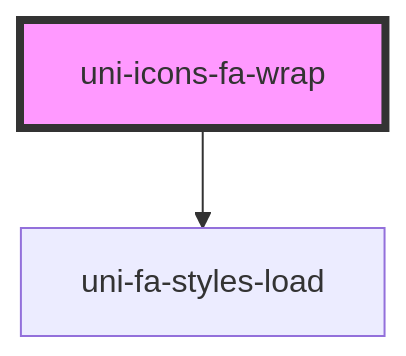
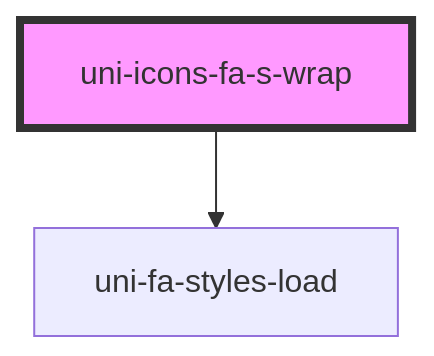
The diagram in src/components/icons-fa/solid/@wrap/readme.md (uiwebkit/icons), drawn with Mermaid before and after one commit. The commit also changed 61 other files, not shown here.

````diff
--- a/src/components/icons-fa/solid/@wrap/readme.md
+++ b/src/components/icons-fa/solid/@wrap/readme.md
@@ -31,5 +31,5 @@
 ```mermaid
 graph TD;
-  uni-icons-fa-wrap --> uni-fa-styles-load
-  style uni-icons-fa-wrap fill:#f9f,stroke:#333,stroke-width:4px
+  uni-icons-fa-s-wrap --> uni-fa-styles-load
+  style uni-icons-fa-s-wrap fill:#f9f,stroke:#333,stroke-width:4px
 ```
````
